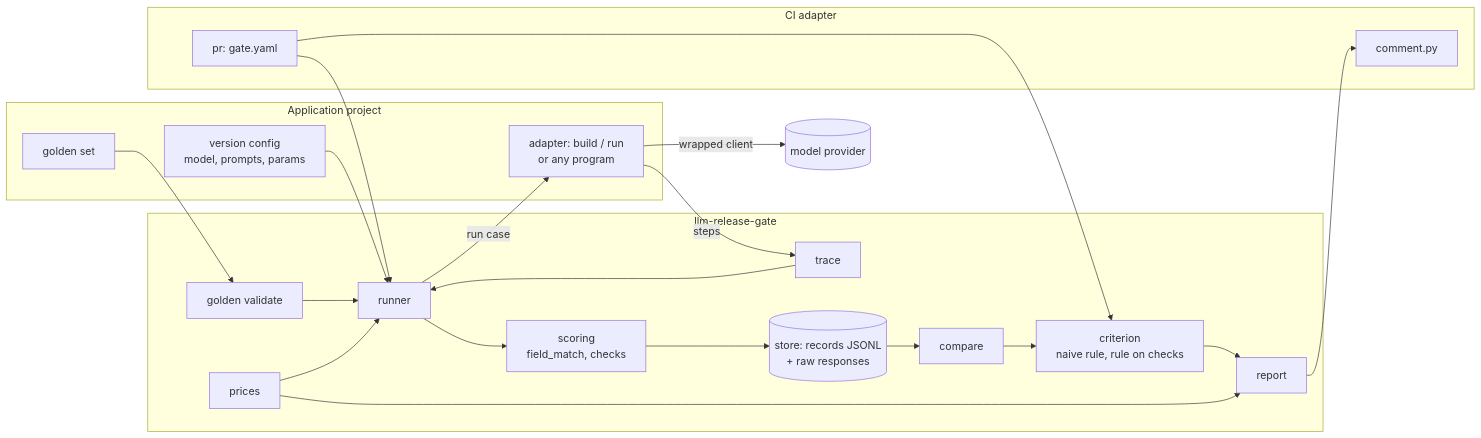
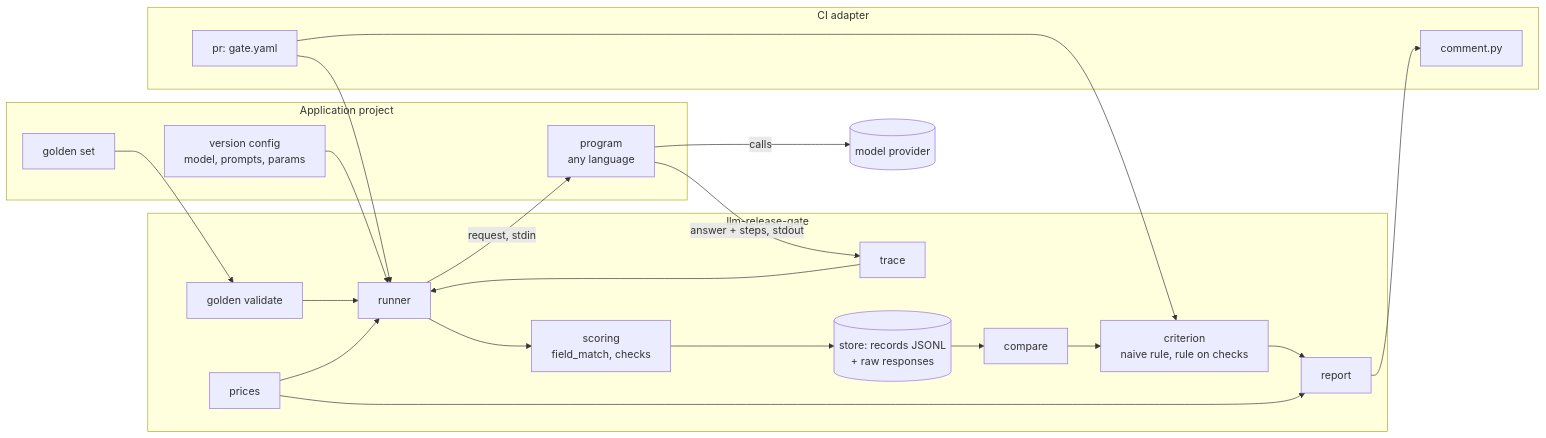
Before and after one commit to Ilya-Grigoryev/llm-release-gate: the first of 2 diagrams in docs/design.md, drawn with Mermaid. The commit also changed other lines of this file and 12 other files, not shown here.

````diff
--- a/docs/design.md
+++ b/docs/design.md
@@ -209,36 +207,36 @@
 ```mermaid
 flowchart LR
     subgraph app[Application project]
         config[version config<br/>model, prompts, params]
-        adapter[adapter: build / run<br/>or any program]
+        program[program<br/>any language]
         cases[golden set]
     end
     subgraph gate[llm-release-gate]
         validate[golden validate]
         runner[runner]
         trace[trace]
         scoring[scoring<br/>field_match, checks]
         store[(store: records JSONL<br/>+ raw responses)]
         compare[compare]
         criterion[criterion<br/>naive rule, rule on checks]
         prices[prices]
         report[report]
     end
     subgraph ci[CI adapter]
         gatesh[pr: gate.yaml]
         comment[comment.py]
     end
     provider[(model provider)]
     cases --> validate --> runner
     config --> runner
-    runner -->|run case| adapter
-    adapter -->|wrapped client| provider
-    adapter -->|steps| trace --> runner
+    runner -->|request, stdin| program
+    program -->|calls| provider
+    program -->|answer + steps, stdout| trace --> runner
     runner --> scoring --> store
     store --> compare --> criterion --> report
     prices --> runner
     prices --> report
     gatesh --> runner
     gatesh --> criterion
     report --> comment
 ```
````
